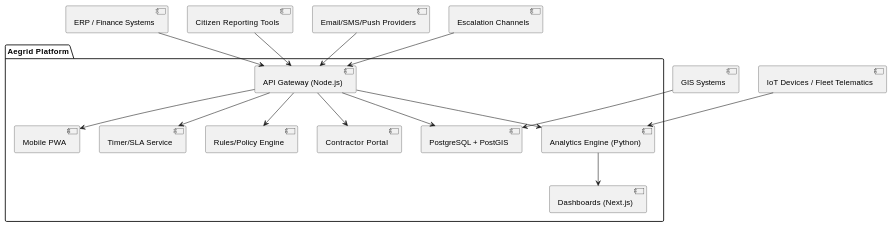
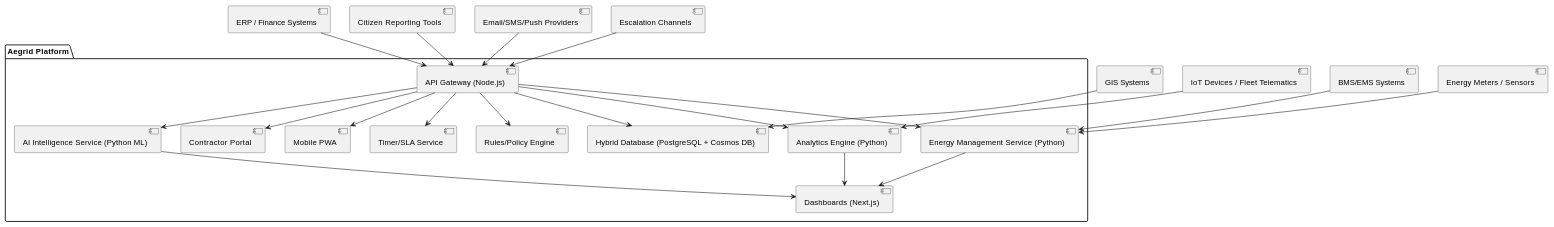
The first of 2 diagrams in docs/architecture/SAD.md (Duds/CouncilWorks), drawn with PlantUML before and after one commit. The commit also changed other lines of this file and 89 other files, not shown here.

First line of the commit message:
feat: Complete nomenclature standardization and architecture updates

````diff
--- a/docs/architecture/SAD.md
+++ b/docs/architecture/SAD.md
@@ -106,20 +110,26 @@
 ```puml
 @startuml
 package "Aegrid Platform" {
-  [API Gateway (Node.js)] --> [PostgreSQL + PostGIS]
+  [API Gateway (Node.js)] --> [Hybrid Database (PostgreSQL + Cosmos DB)]
   [API Gateway (Node.js)] --> [Analytics Engine (Python)]
+  [API Gateway (Node.js)] --> [Energy Management Service (Python)]
+  [API Gateway (Node.js)] --> [AI Intelligence Service (Python ML)]
   [Analytics Engine (Python)] --> [Dashboards (Next.js)]
+  [Energy Management Service (Python)] --> [Dashboards (Next.js)]
+  [AI Intelligence Service (Python ML)] --> [Dashboards (Next.js)]
   [API Gateway (Node.js)] --> [Mobile PWA]
   [API Gateway (Node.js)] --> [Timer/SLA Service]
   [API Gateway (Node.js)] --> [Rules/Policy Engine]
   [API Gateway (Node.js)] --> [Contractor Portal]
 }
 
 [ERP / Finance Systems] --> [API Gateway (Node.js)]
 [Citizen Reporting Tools] --> [API Gateway (Node.js)]
-[GIS Systems] --> [PostgreSQL + PostGIS]
+[GIS Systems] --> [Hybrid Database (PostgreSQL + Cosmos DB)]
 [IoT Devices / Fleet Telematics] --> [Analytics Engine (Python)]
+[BMS/EMS Systems] --> [Energy Management Service (Python)]
+[Energy Meters / Sensors] --> [Energy Management Service (Python)]
 [Email/SMS/Push Providers] --> [API Gateway (Node.js)]
 [Escalation Channels] --> [API Gateway (Node.js)]
 @enduml
 ```
````
